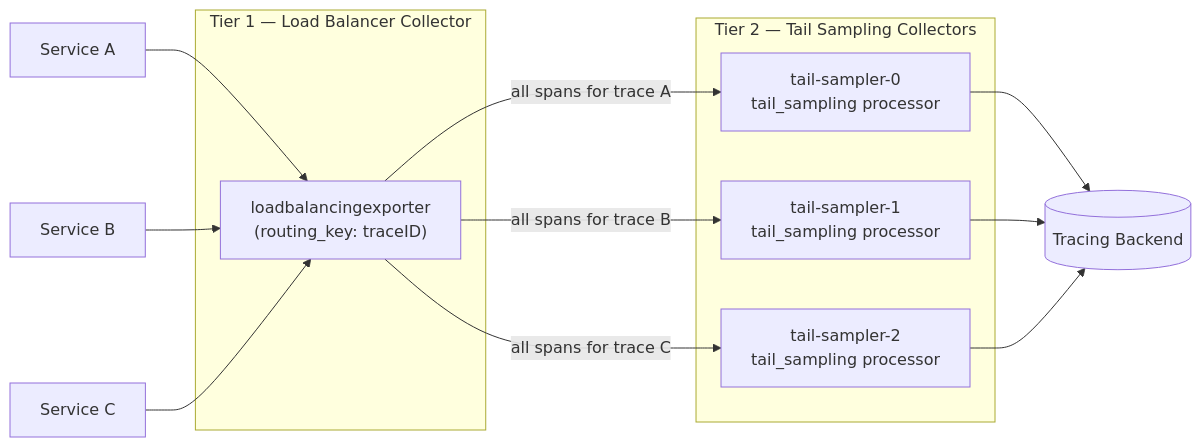
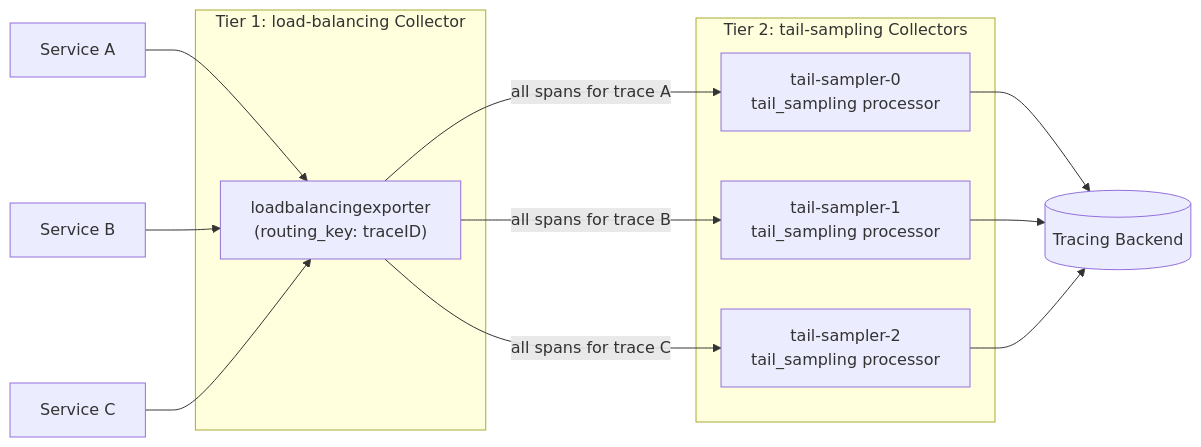
The diagram in content/howtos/configure-collector-tail-sampling.md (radra23/scryops-site), drawn with Mermaid before and after one commit. The commit also changed other lines of this file and 9 other files, not shown here.

```diff
--- a/content/howtos/configure-collector-tail-sampling.md
+++ b/content/howtos/configure-collector-tail-sampling.md
@@ -182,24 +198,24 @@
 {{< mermaid >}}
 flowchart LR
     S1[Service A] --> LB
     S2[Service B] --> LB
     S3[Service C] --> LB
 
-    subgraph Tier1["Tier 1 — Load Balancer Collector"]
+    subgraph Tier1["Tier 1: load-balancing Collector"]
         LB["loadbalancingexporter<br/>(routing_key: traceID)"]
     end
 
-    subgraph Tier2["Tier 2 — Tail Sampling Collectors"]
+    subgraph Tier2["Tier 2: tail-sampling Collectors"]
         TS0[tail-sampler-0<br/>tail_sampling processor]
         TS1[tail-sampler-1<br/>tail_sampling processor]
         TS2[tail-sampler-2<br/>tail_sampling processor]
     end
 
     LB -->|all spans for trace A| TS0
     LB -->|all spans for trace B| TS1
     LB -->|all spans for trace C| TS2
 
     TS0 --> Backend[(Tracing Backend)]
     TS1 --> Backend
     TS2 --> Backend
 {{< /mermaid >}}
```
